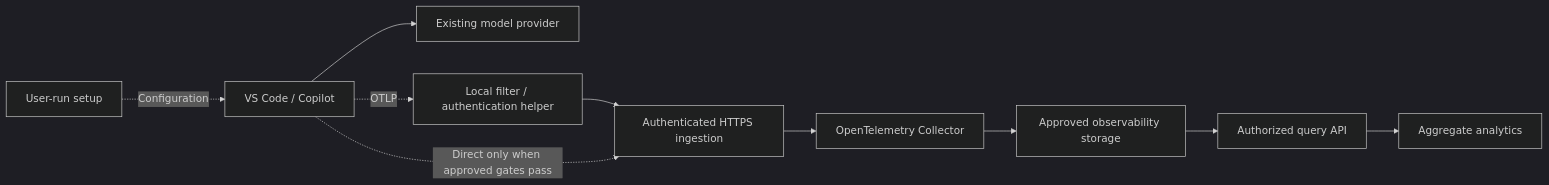
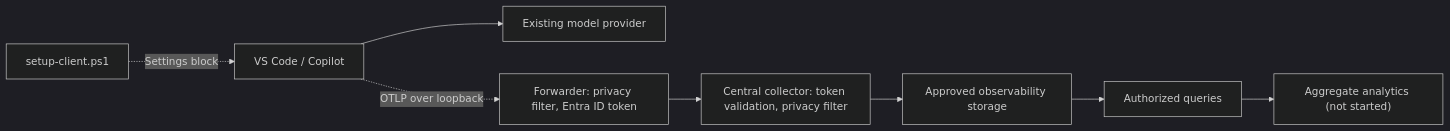
One commit to microsoft/copilot-insights changed the diagram in docs/architecture.md. Above: the diagram before and after it, drawn with Mermaid (dark theme). The commit also changed other lines of this file and 14 other files, not shown here.

First line of the commit message:
feat: add client setup with a local forwarder; tighten the privacy pipeline

````diff
--- a/docs/architecture.md
+++ b/docs/architecture.md
@@ -9,12 +9,10 @@
 ```mermaid
 flowchart LR
-    Setup["User-run setup"] -. "Configuration" .-> Editor["VS Code / Copilot"]
+    Setup["setup-client.ps1"] -. "Settings block" .-> Editor["VS Code / Copilot"]
     Editor --> Model["Existing model provider"]
-    Editor -. "OTLP" .-> Helper["Local filter / authentication helper"]
-    Helper --> Ingress["Authenticated HTTPS ingestion"]
-    Editor -. "Direct only when approved gates pass" .-> Ingress
-    Ingress --> Collector["OpenTelemetry Collector"]
+    Editor -. "OTLP over loopback" .-> Forwarder["Forwarder: privacy filter, Entra ID token"]
+    Forwarder --> Collector["Central collector: token validation, privacy filter"]
     Collector --> Store["Approved observability storage"]
-    Store --> Query["Authorized query API"]
-    Query --> View["Aggregate analytics"]
+    Store --> Query["Authorized queries"]
+    Query --> View["Aggregate analytics (not started)"]
 ```
````
